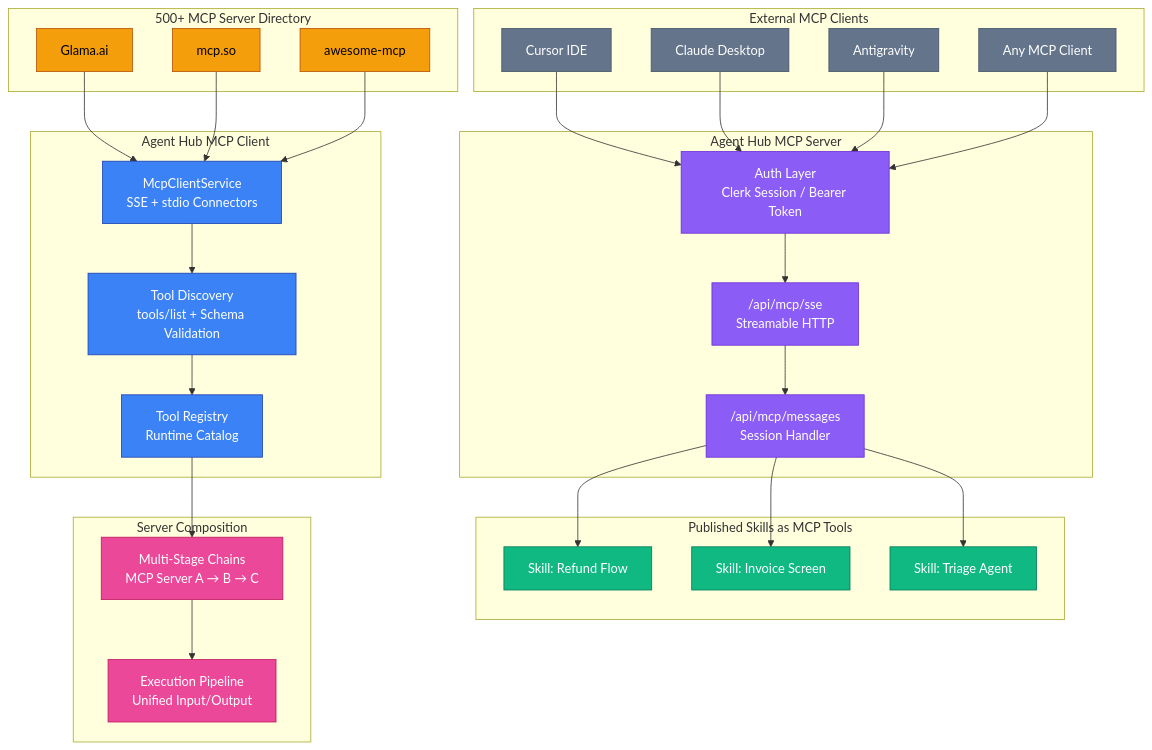
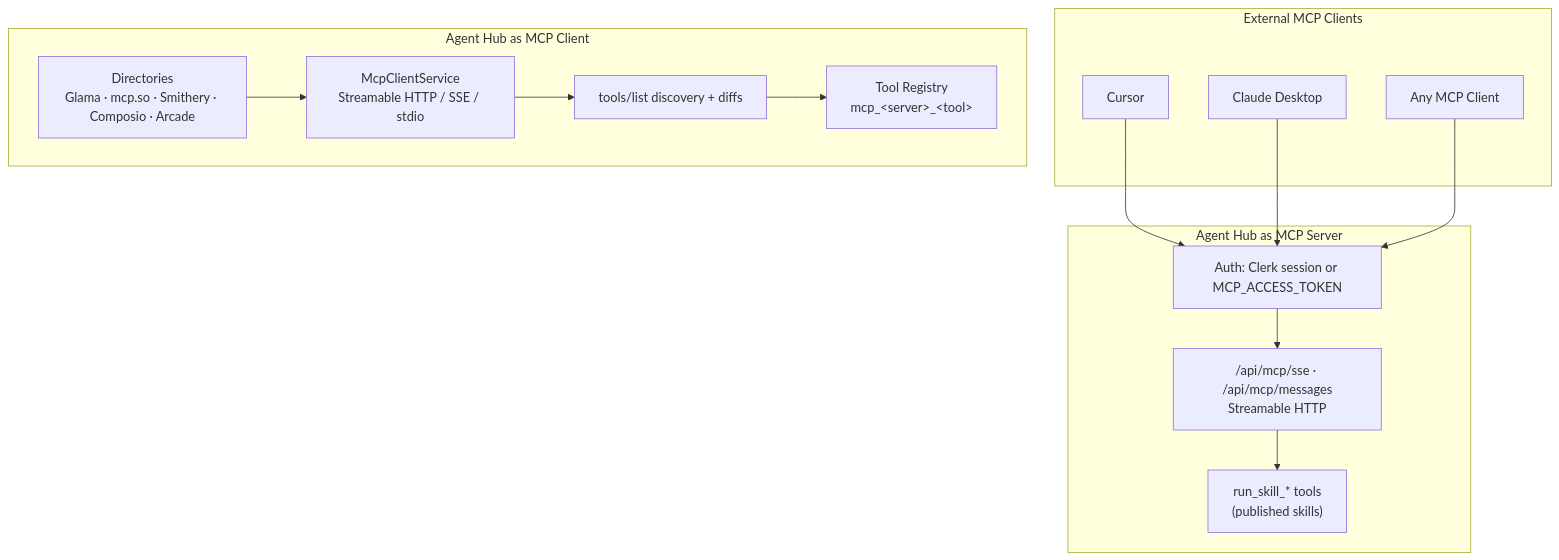
The fourth of 4 diagrams in README.md (Mentrauz/Agent-HUB), drawn with Mermaid before and after one commit. The commit also changed other lines of this file and 42 other files, not shown here.

````diff
--- a/README.md
+++ b/README.md
@@ -478,70 +420,27 @@
 ```mermaid
 graph TB
     subgraph External["External MCP Clients"]
-        CUR["Cursor IDE"]
+        CUR["Cursor"]
         CLAUDE["Claude Desktop"]
-        ANTI["Antigravity"]
         OTHER["Any MCP Client"]
     end
 
-    subgraph Server["Agent Hub MCP Server"]
-        SSE["/api/mcp/sse<br/>Streamable HTTP"]
-        MSG["/api/mcp/messages<br/>Session Handler"]
-        AUTH["Auth Layer<br/>Clerk Session / Bearer Token"]
+    subgraph Server["Agent Hub as MCP Server"]
+        AUTH["Auth: Clerk session or MCP_ACCESS_TOKEN"]
+        SSE["/api/mcp/sse · /api/mcp/messages<br/>Streamable HTTP"]
+        SK["run_skill_* tools<br/>(published skills)"]
     end
 
-    subgraph Tools["Published Skills as MCP Tools"]
-        SK1["Skill: Refund Flow"]
-        SK2["Skill: Invoice Screen"]
-        SK3["Skill: Triage Agent"]
-    end
-
-    subgraph ClientSide["Agent Hub MCP Client"]
-        MCLI["McpClientService<br/>SSE + stdio Connectors"]
-        DISC["Tool Discovery<br/>tools/list + Schema Validation"]
-        REG["Tool Registry<br/>Runtime Catalog"]
-    end
-
-    subgraph Directory["500+ MCP Server Directory"]
-        GLAMA["Glama.ai"]
-        MCPSO["mcp.so"]
-        AWESOME["awesome-mcp"]
-    end
-
-    subgraph Comp["Server Composition"]
-        CHAIN["Multi-Stage Chains<br/>MCP Server A → B → C"]
-        PIPE["Execution Pipeline<br/>Unified Input/Output"]
+    subgraph ClientSide["Agent Hub as MCP Client"]
+        DIR["Directories<br/>Glama · mcp.so · Smithery · Composio · Arcade"]
+        MCLI["McpClientService<br/>Streamable HTTP / SSE / stdio"]
+        DISC["tools/list discovery + diffs"]
+        REG["Tool Registry<br/>mcp_&lt;server&gt;_&lt;tool&gt;"]
     end
 
     CUR --> AUTH
     CLAUDE --> AUTH
-    ANTI --> AUTH
     OTHER --> AUTH
-    AUTH --> SSE
-    SSE --> MSG
-    MSG --> SK1
-    MSG --> SK2
-    MSG --> SK3
-
-    GLAMA --> MCLI
-    MCPSO --> MCLI
-    AWESOME --> MCLI
-    MCLI --> DISC
-    DISC --> REG
-    REG --> CHAIN
-    CHAIN --> PIPE
-
-    classDef external fill:#64748b,stroke:#475569,color:#fff
-    classDef server fill:#8b5cf6,stroke:#6d28d9,color:#fff
-    classDef tools fill:#10b981,stroke:#047857,color:#fff
-    classDef client fill:#3b82f6,stroke:#1e40af,color:#fff
-    classDef directory fill:#f59e0b,stroke:#b45309,color:#000
-    classDef comp fill:#ec4899,stroke:#be185d,color:#fff
-
-    class CUR,CLAUDE,ANTI,OTHER external
-    class SSE,MSG,AUTH server
-    class SK1,SK2,SK3 tools
-    class MCLI,DISC,REG client
-    class GLAMA,MCPSO,AWESOME directory
-    class CHAIN,PIPE comp
+    AUTH --> SSE --> SK
+    DIR --> MCLI --> DISC --> REG
 ```
````
